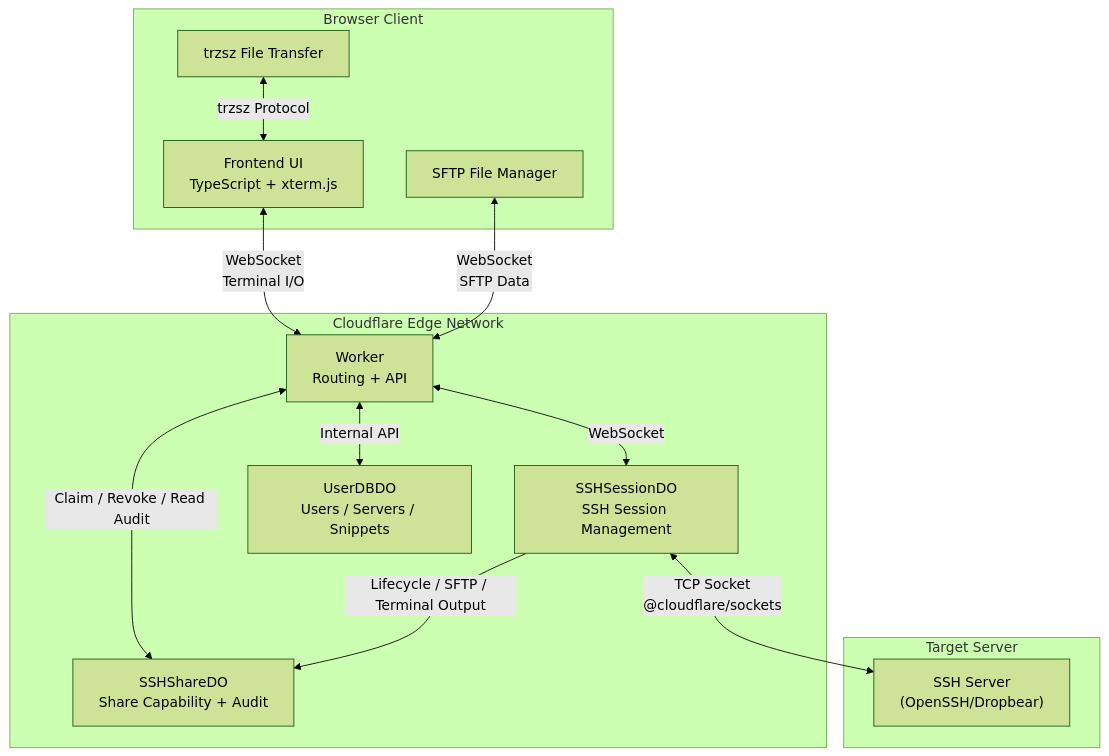
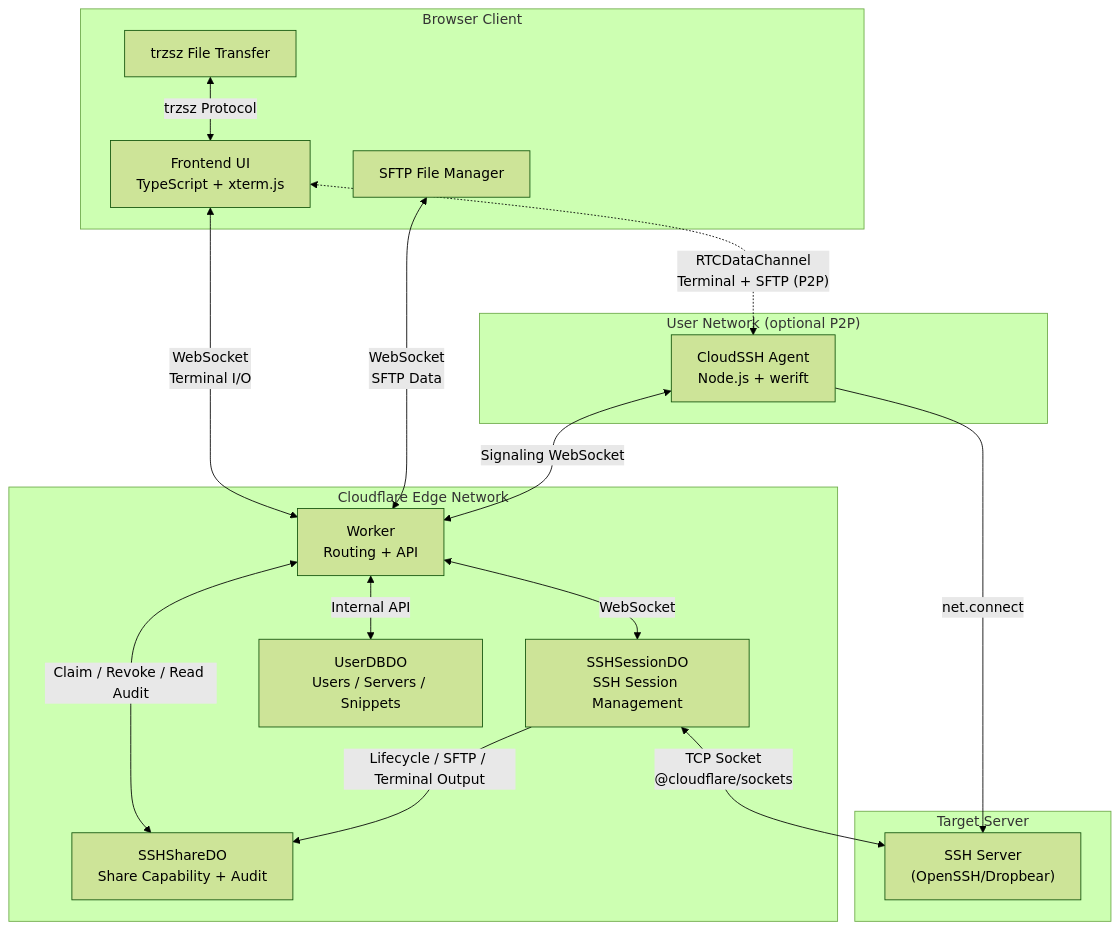
Before and after one commit to lemonhub-io/cloud-ssh: the diagram in README_en.md, drawn with Mermaid (forest theme). The commit also changed other lines of this file and 45 other files, not shown here.

First line of the commit message:
feat: 新增 P2P Agent 连接模式（WebRTC DataChannel 直连 SSH）

````diff
--- a/README_en.md
+++ b/README_en.md
@@ -56,28 +66,35 @@
 ```mermaid
 flowchart TB
     subgraph "Browser Client"
         UI["Frontend UI<br/>TypeScript + xterm.js"]
         SFTP["SFTP File Manager"]
         Trzsz["trzsz File Transfer"]
     end
 
     subgraph "Cloudflare Edge Network"
         Worker["Worker<br/>Routing + API"]
         SSH_DO["SSHSessionDO<br/>SSH Session Management"]
         User_DO["UserDBDO<br/>Users / Servers / Snippets"]
         Share_DO["SSHShareDO<br/>Share Capability + Audit"]
     end
 
     subgraph "Target Server"
         SSH["SSH Server<br/>(OpenSSH/Dropbear)"]
     end
 
+    subgraph "User Network (optional P2P)"
+        Agent["CloudSSH Agent<br/>Node.js + werift"]
+    end
+
     UI <-->|"WebSocket<br/>Terminal I/O"| Worker
     SFTP <-->|"WebSocket<br/>SFTP Data"| Worker
     Trzsz <-->|"trzsz Protocol"| UI
+    UI <-.->|"RTCDataChannel<br/>Terminal + SFTP (P2P)"| Agent
+    Agent <-->|"Signaling WebSocket"| Worker
     Worker <-->|"WebSocket"| SSH_DO
     Worker <-->|"Internal API"| User_DO
     Worker <-->|"Claim / Revoke / Read Audit"| Share_DO
     SSH_DO -->|"Lifecycle / SFTP / Terminal Output"| Share_DO
     SSH_DO <-->|"TCP Socket<br/>@cloudflare/sockets"| SSH
+    Agent -->|"net.connect"| SSH
 ```
````
